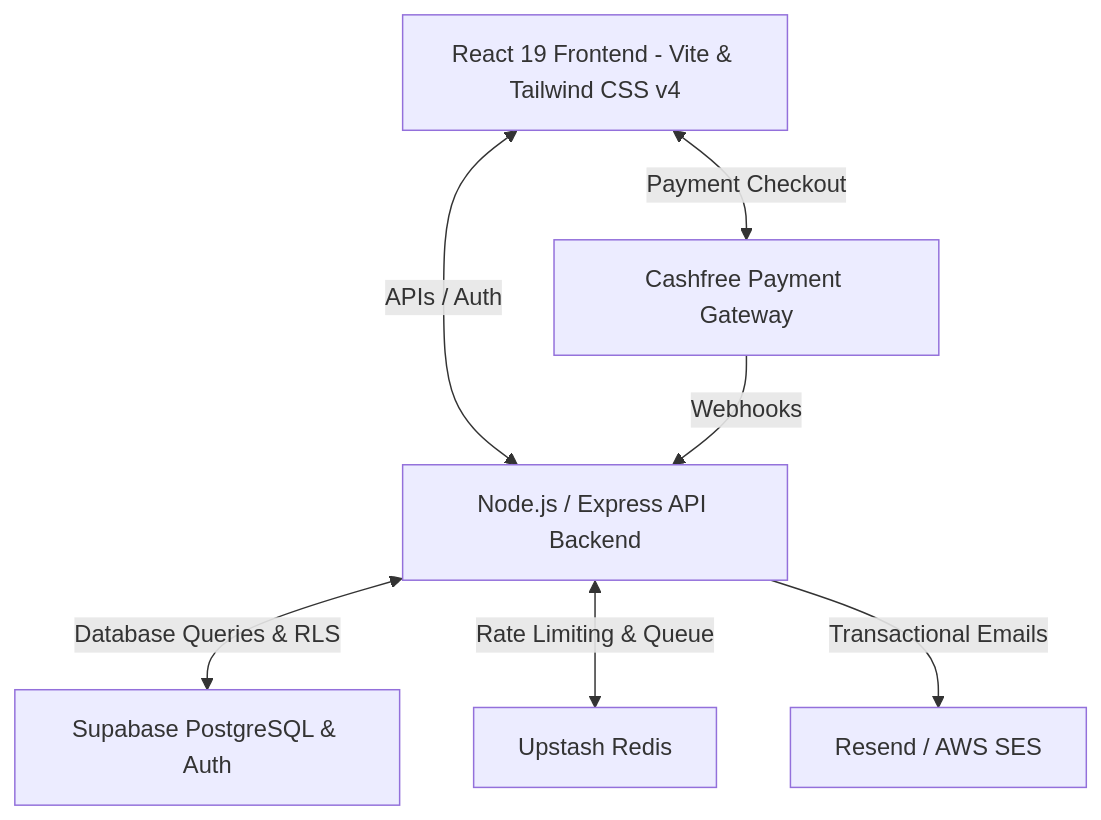
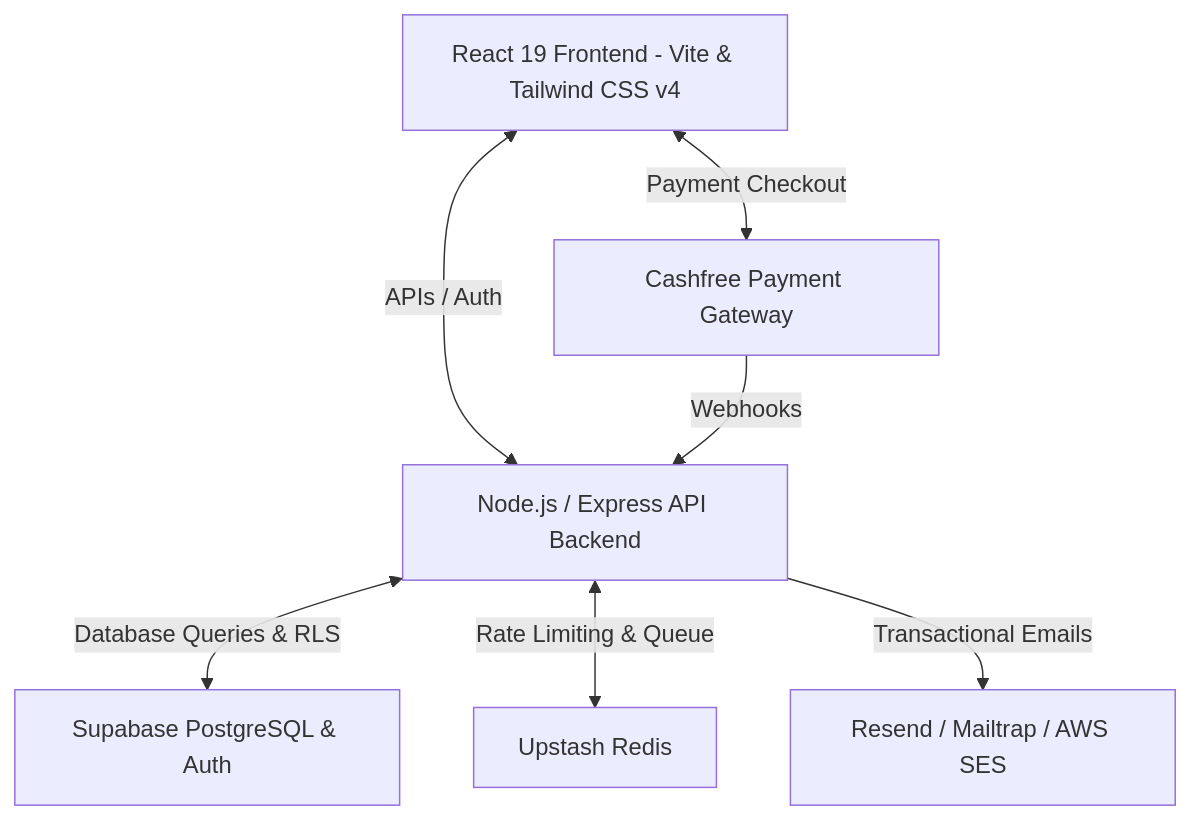
One commit to saurabh-rajput-15/AWS-SCD-2026 changed the diagram in README.md. Above: the diagram before and after it, drawn with Mermaid. The commit also changed other lines of this file and 7 other files, not shown here.

````diff
--- a/README.md
+++ b/README.md
@@ -13,9 +13,9 @@
 ```mermaid
 graph TD
     Client[React 19 Frontend - Vite & Tailwind CSS v4] <-->|APIs / Auth| Server[Node.js / Express API Backend]
     Server <-->|Database Queries & RLS| Supabase[Supabase PostgreSQL & Auth]
     Server <-->|Rate Limiting & Queue| Redis[Upstash Redis]
-    Server -->|Transactional Emails| Email[Resend / AWS SES]
+    Server -->|Transactional Emails| Email[Resend / Mailtrap / AWS SES]
     Client <-->|Payment Checkout| Cashfree[Cashfree Payment Gateway]
     Cashfree -->|Webhooks| Server
 ```
````
